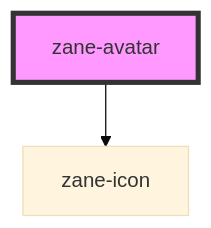
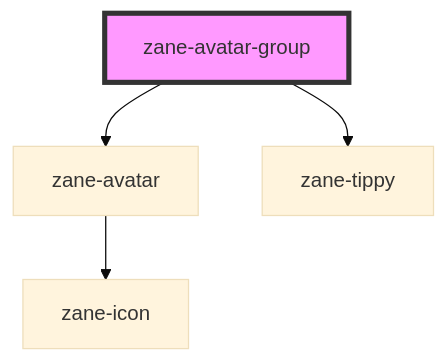
One commit to AmilyCi/zane-ui changed the diagram in src/components/avatar/readme.md. Above: the diagram before and after it, drawn with Mermaid (base theme). The commit also changed other lines of this file and 46 other files, not shown here.

````diff
--- a/src/components/avatar/readme.md
+++ b/src/components/avatar/readme.md
@@ -35,5 +36,7 @@
 ```mermaid
 graph TD;
+  zane-avatar-group --> zane-avatar
+  zane-avatar-group --> zane-tippy
   zane-avatar --> zane-icon
-  style zane-avatar fill:#f9f,stroke:#333,stroke-width:4px
+  style zane-avatar-group fill:#f9f,stroke:#333,stroke-width:4px
 ```
````
